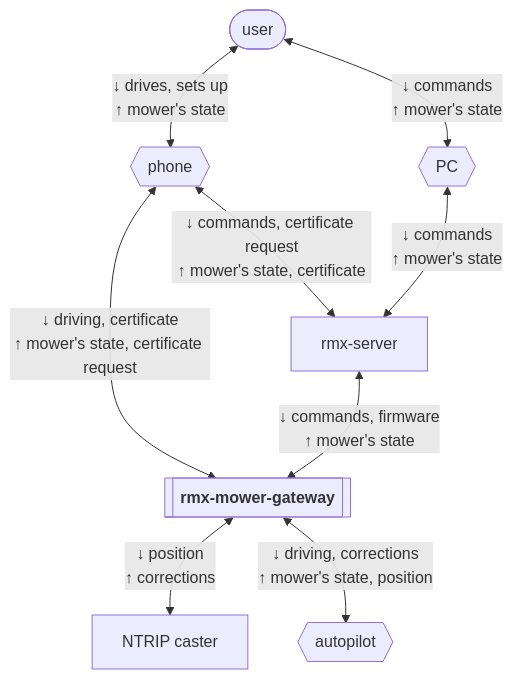
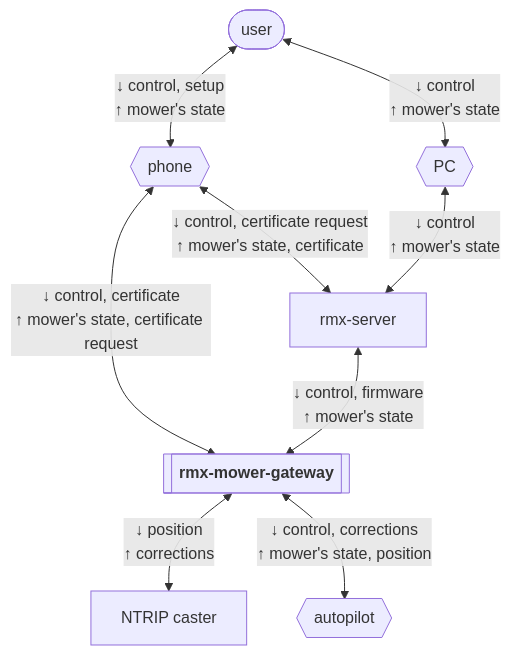
One commit to rmx-lt/rmx-mower-gateway changed the first of 6 diagrams in .esp-architecture/diagrams/diagrams.md. Above: the diagram before and after it, drawn with Mermaid. The commit also changed 1 other file, not shown here.

Commit message:
Context: control instead of commands and driving

````diff
--- a/.esp-architecture/diagrams/diagrams.md
+++ b/.esp-architecture/diagrams/diagrams.md
@@ -7,18 +7,18 @@
 ```mermaid
 flowchart TD
   n_system[["<b>rmx-mower-gateway</b>"]]
   n_user(["user"])
   n_phone{{"phone"}}
   n_pc{{"PC"}}
   n_rmx_server["rmx-server"]
   n_ntrip_caster["NTRIP caster"]
   n_autopilot{{"autopilot"}}
-  n_user <-->|"↓ drives, sets up<br/>↑ mower's state"| n_phone
-  n_user <-->|"↓ commands<br/>↑ mower's state"| n_pc
-  n_phone <-->|"↓ commands, certificate request<br/>↑ mower's state, certificate"| n_rmx_server
-  n_phone <-->|"↓ driving, certificate<br/>↑ mower's state, certificate request"| n_system
-  n_pc <-->|"↓ commands<br/>↑ mower's state"| n_rmx_server
-  n_rmx_server <-->|"↓ commands, firmware<br/>↑ mower's state"| n_system
+  n_user <-->|"↓ control, setup<br/>↑ mower's state"| n_phone
+  n_user <-->|"↓ control<br/>↑ mower's state"| n_pc
+  n_phone <-->|"↓ control, certificate request<br/>↑ mower's state, certificate"| n_rmx_server
+  n_phone <-->|"↓ control, certificate<br/>↑ mower's state, certificate request"| n_system
+  n_pc <-->|"↓ control<br/>↑ mower's state"| n_rmx_server
+  n_rmx_server <-->|"↓ control, firmware<br/>↑ mower's state"| n_system
   n_system <-->|"↓ position<br/>↑ corrections"| n_ntrip_caster
-  n_system <-->|"↓ driving, corrections<br/>↑ mower's state, position"| n_autopilot
+  n_system <-->|"↓ control, corrections<br/>↑ mower's state, position"| n_autopilot
 ```
````
